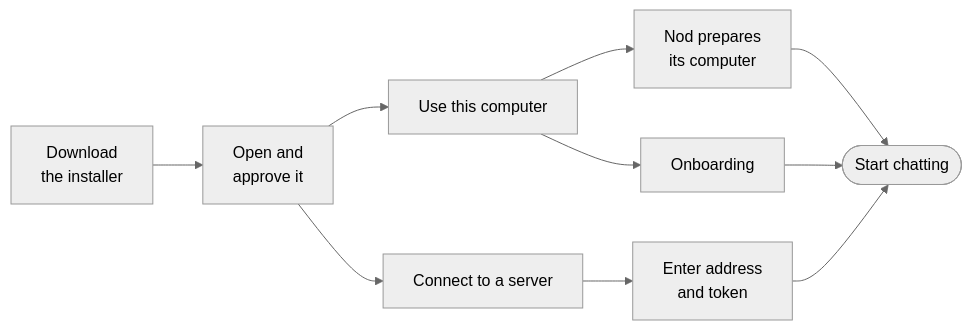
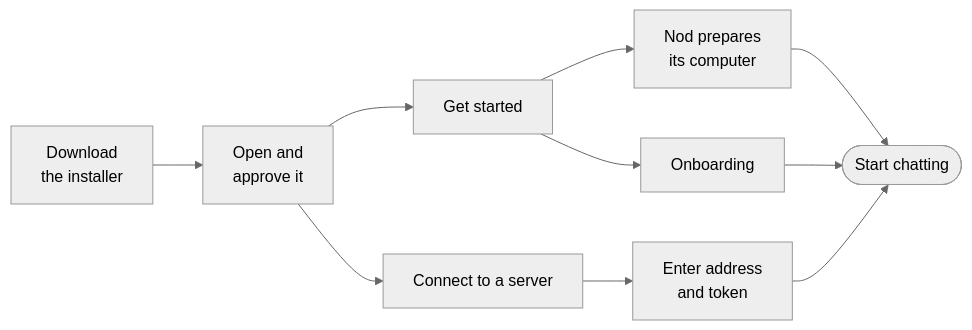
One commit to KrishBhimani/nod changed the diagram in docs/src/content/docs/get-started/install-desktop.mdx. Above: the diagram before and after it, drawn with Mermaid (neutral theme). The commit also changed other lines of this file and 68 other files, not shown here.

````diff
--- a/docs/src/content/docs/get-started/install-desktop.mdx
+++ b/docs/src/content/docs/get-started/install-desktop.mdx
@@ -16,12 +16,12 @@
 ```mermaid
 flowchart LR
   dl[Download<br/>the installer] --> open[Open and<br/>approve it]
-  open --> local[Use this computer]
+  open --> local[Get started]
   local --> prep[Nod prepares<br/>its computer]:::accent
   local --> ob[Onboarding]
   open --> remote[Connect to a server]
   remote --> address[Enter address<br/>and token]
   prep --> chat([Start chatting]):::go
   ob --> chat
   address --> chat
 ```
````
